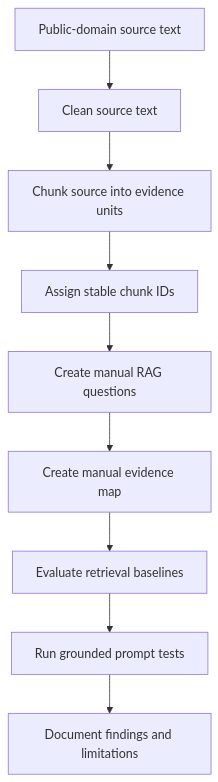
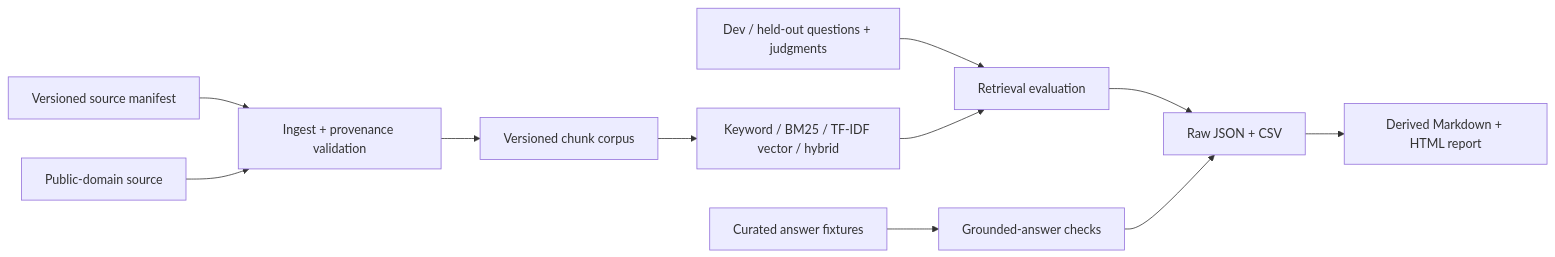
The diagram in README.md (czzzry/local-scriptorium), drawn with Mermaid before and after one commit. The commit also changed other lines of this file and 10 other files, not shown here.

````diff
--- a/README.md
+++ b/README.md
@@ -56,11 +28,13 @@
 ```mermaid
-flowchart TD
-    A[Public-domain source text] --> B[Clean source text]
-    B --> C[Chunk source into evidence units]
-    C --> D[Assign stable chunk IDs]
-    D --> E[Create manual RAG questions]
-    E --> F[Create manual evidence map]
-    F --> G[Evaluate retrieval baselines]
-    G --> H[Run grounded prompt tests]
-    H --> I[Document findings and limitations]
+flowchart LR
+  M[Versioned source manifest] --> I[Ingest + provenance validation]
+  S[Public-domain source] --> I
+  I --> C[Versioned chunk corpus]
+  Q[Dev / held-out questions + judgments] --> E[Retrieval evaluation]
+  C --> R[Keyword / BM25 / TF-IDF vector / hybrid]
+  R --> E
+  A[Curated answer fixtures] --> G[Grounded-answer checks]
+  E --> O[Raw JSON + CSV]
+  G --> O
+  O --> P[Derived Markdown + HTML report]
 ```
````
